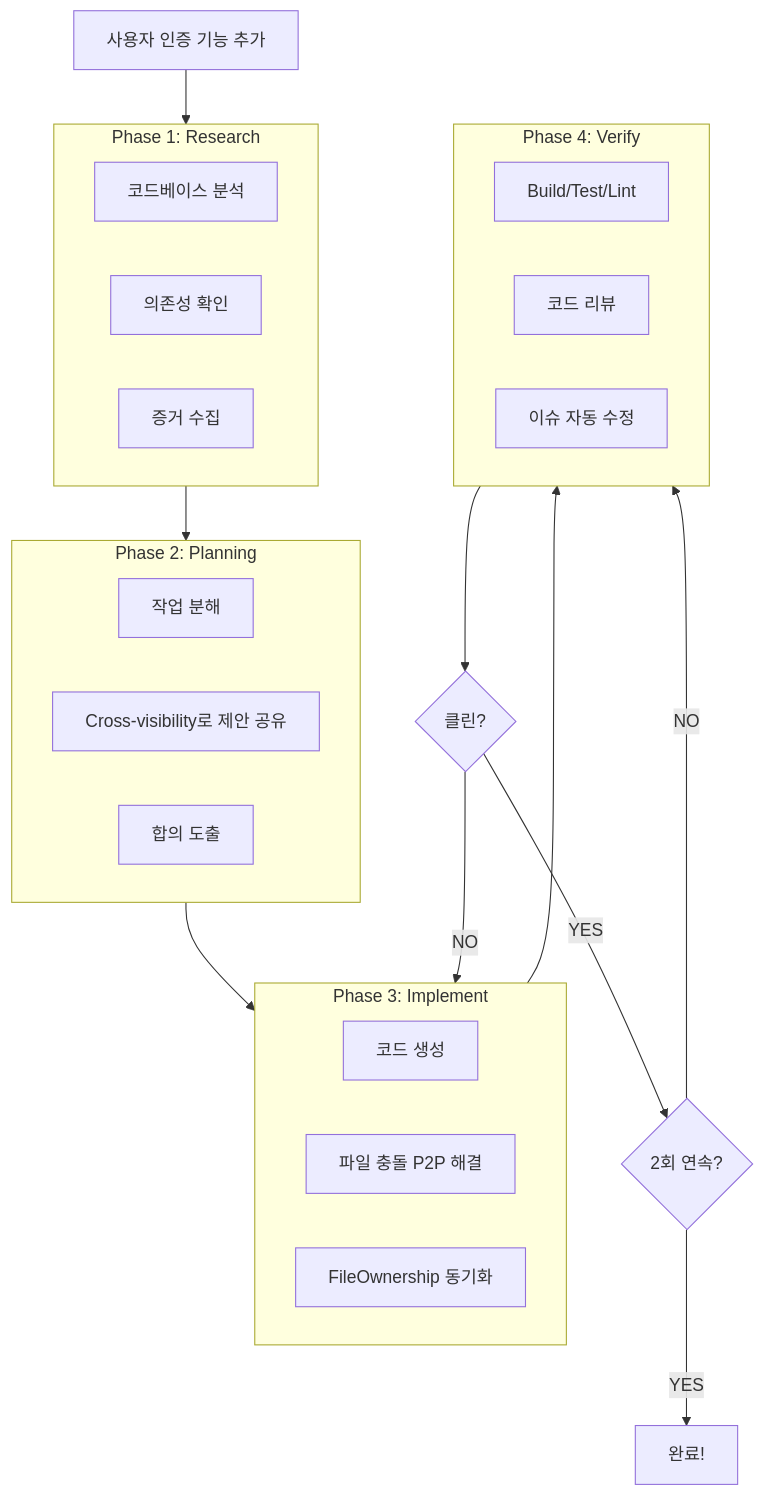
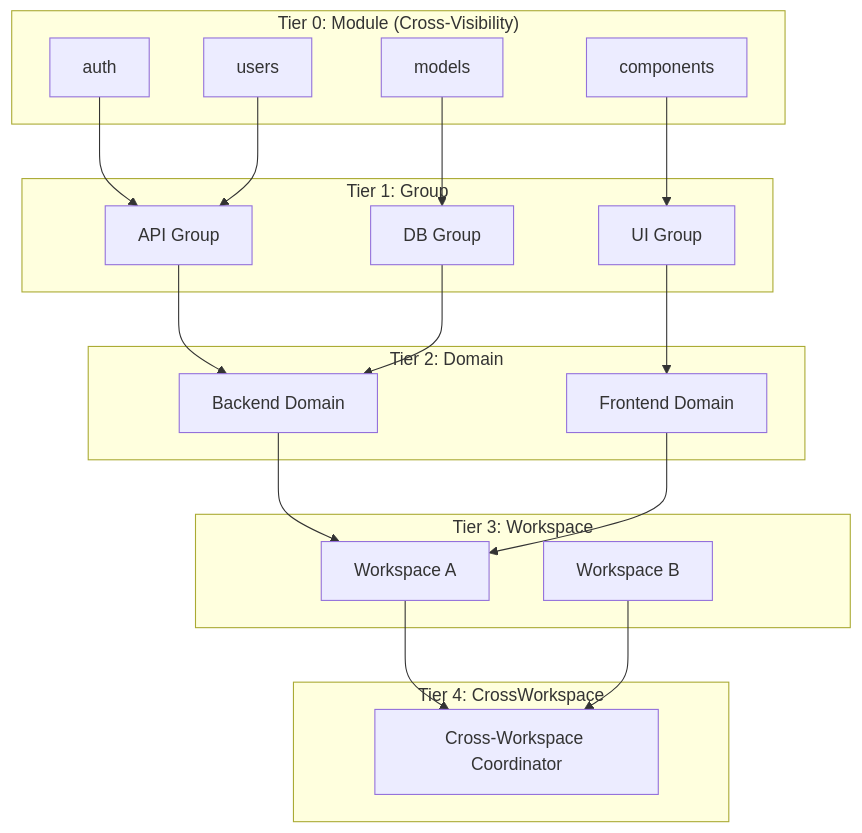
The first of 3 diagrams in README.md (junyeong-ai/claude-pilot), drawn with Mermaid before and after one commit. The commit also changed other lines of this file and 1 other file, not shown here.

````diff
--- a/README.md
+++ b/README.md
@@ -112,40 +42,38 @@
 ```mermaid
-flowchart TD
-    Start["사용자 인증 기능 추가"] --> P1
-
-    subgraph P1["Phase 1: Research"]
-        R1[코드베이스 분석]
-        R2[의존성 확인]
-        R3[증거 수집]
+flowchart TB
+    subgraph Tier4["Tier 4: CrossWorkspace"]
+        CW[Cross-Workspace Coordinator]
     end
 
-    P1 --> P2
-
-    subgraph P2["Phase 2: Planning"]
-        PL1[작업 분해]
-        PL2[Cross-visibility로 제안 공유]
-        PL3[합의 도출]
+    subgraph Tier3["Tier 3: Workspace"]
+        WS1[Workspace A]
+        WS2[Workspace B]
     end
 
-    P2 --> P3
-
-    subgraph P3["Phase 3: Implement"]
-        I1[코드 생성]
-        I2[파일 충돌 P2P 해결]
-        I3[FileOwnership 동기화]
+    subgraph Tier2["Tier 2: Domain"]
+        D1[Backend Domain]
+        D2[Frontend Domain]
     end
 
-    P3 --> P4
-
-    subgraph P4["Phase 4: Verify"]
-        V1[Build/Test/Lint]
-        V2[코드 리뷰]
-        V3[이슈 자동 수정]
+    subgraph Tier1["Tier 1: Group"]
+        G1[API Group]
+        G2[DB Group]
+        G3[UI Group]
     end
 
-    P4 --> Check{클린?}
-    Check -->|NO| P3
-    Check -->|YES| Check2{2회 연속?}
-    Check2 -->|NO| P4
-    Check2 -->|YES| Done[완료!]
+    subgraph Tier0["Tier 0: Module (Cross-Visibility)"]
+        M1[auth]
+        M2[users]
+        M3[models]
+        M4[components]
+    end
+
+    M1 & M2 --> G1
+    M3 --> G2
+    M4 --> G3
+    G1 & G2 --> D1
+    G3 --> D2
+    D1 --> WS1
+    D2 --> WS1
+    WS1 & WS2 --> CW
 ```
````
